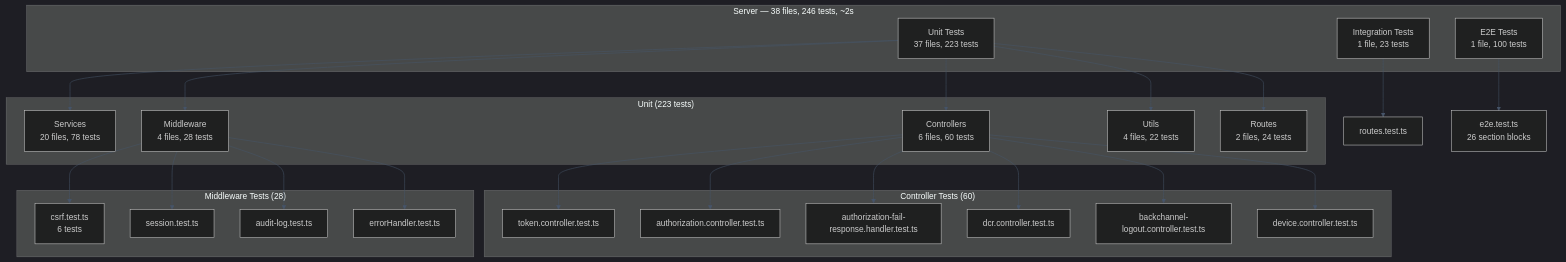
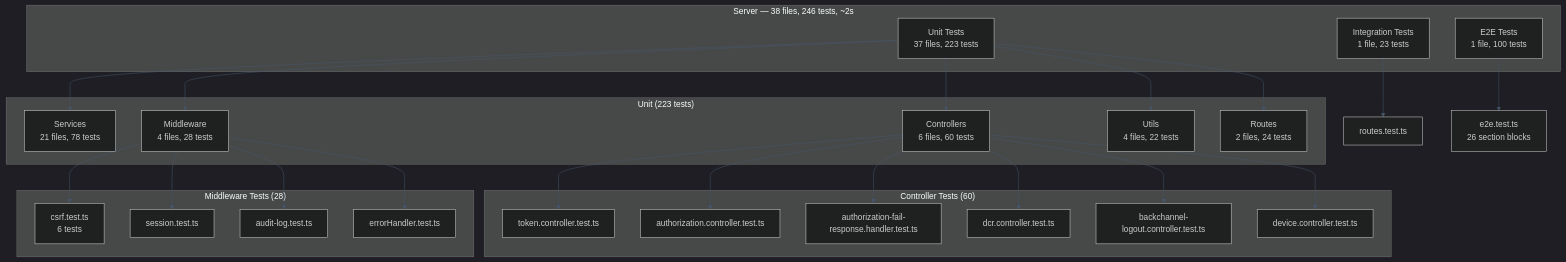
Before and after one commit to blackadi/OAUTH2.0: the first of 2 diagrams in docs/TESTING.md, drawn with Mermaid. The commit also changed other lines of this file and 6 other files, not shown here.

````diff
--- a/docs/TESTING.md
+++ b/docs/TESTING.md
@@ -14,51 +14,51 @@
 ```mermaid
 %%{init: {'theme': 'dark', 'themeVariables': { 'primaryColor': '#1e293b', 'primaryTextColor': '#e2e8f0', 'primaryBorderColor': '#475569', 'lineColor': '#475569', 'secondaryColor': '#0f172a', 'tertiaryColor': '#334155', 'fontFamily': 'Inter'}}}%%
 flowchart TB
     subgraph ServerTests["Server — 38 files, 246 tests, ~2s"]
         UNIT["Unit Tests<br/>37 files, 223 tests"]
         INTEGRATION["Integration Tests<br/>1 file, 23 tests"]
         E2E["E2E Tests<br/>1 file, 100 tests"]
     end
     
     subgraph Unit["Unit (223 tests)"]
-        SERVICES["Services<br/>20 files, 78 tests"]
+        SERVICES["Services<br/>21 files, 78 tests"]
         CONTROLLERS["Controllers<br/>6 files, 60 tests"]
         MIDDLEWARE["Middleware<br/>4 files, 28 tests"]
         UTILS["Utils<br/>4 files, 22 tests"]
         ROUTES["Routes<br/>2 files, 24 tests"]
     end
     
     subgraph Controllers["Controller Tests (60)"]
         TOKEN_CT["token.controller.test.ts"]
         AUTH_CT["authorization.controller.test.ts"]
         AUTH_FAIL["authorization-fail-response.handler.test.ts"]
         DCR_CT["dcr.controller.test.ts"]
         BACKCH_CT["backchannel-logout.controller.test.ts"]
         DEVICE_CT["device.controller.test.ts"]
     end
     
     subgraph Middleware["Middleware Tests (28)"]
         CSRF["csrf.test.ts<br/>6 tests"]
         SESSION["session.test.ts"]
         AUDIT["audit-log.test.ts"]
         ERROR["errorHandler.test.ts"]
     end
     
     UNIT --> SERVICES
     UNIT --> CONTROLLERS
     UNIT --> MIDDLEWARE
     UNIT --> UTILS
     UNIT --> ROUTES
     CONTROLLERS --> TOKEN_CT
     CONTROLLERS --> AUTH_CT
     CONTROLLERS --> AUTH_FAIL
     CONTROLLERS --> DCR_CT
     CONTROLLERS --> BACKCH_CT
     CONTROLLERS --> DEVICE_CT
     MIDDLEWARE --> CSRF
     MIDDLEWARE --> SESSION
     MIDDLEWARE --> AUDIT
     MIDDLEWARE --> ERROR
     INTEGRATION --> ROUTES_INT["routes.test.ts"]
     E2E --> E2E_FILE["e2e.test.ts<br/>26 section blocks"]
 ```
````
